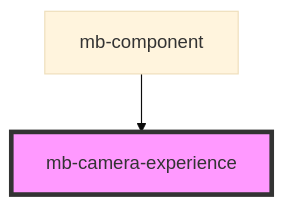
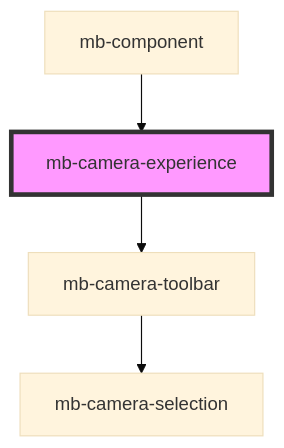
Before and after one commit to blinkcard/blinkcard-in-browser: the diagram in ui/docs/components/shared/mb-camera-experience/readme.md, drawn with Mermaid (base theme). The commit also changed other lines of this file and 104 other files, not shown here.

````diff
--- a/ui/docs/components/shared/mb-camera-experience/readme.md
+++ b/ui/docs/components/shared/mb-camera-experience/readme.md
@@ -59,5 +94,7 @@
 ```mermaid
 graph TD;
+  mb-camera-experience --> mb-camera-toolbar
+  mb-camera-toolbar --> mb-camera-selection
   mb-component --> mb-camera-experience
   style mb-camera-experience fill:#f9f,stroke:#333,stroke-width:4px
 ```
````
